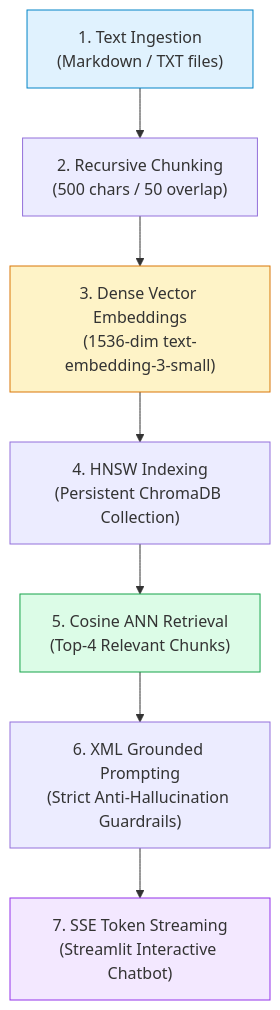
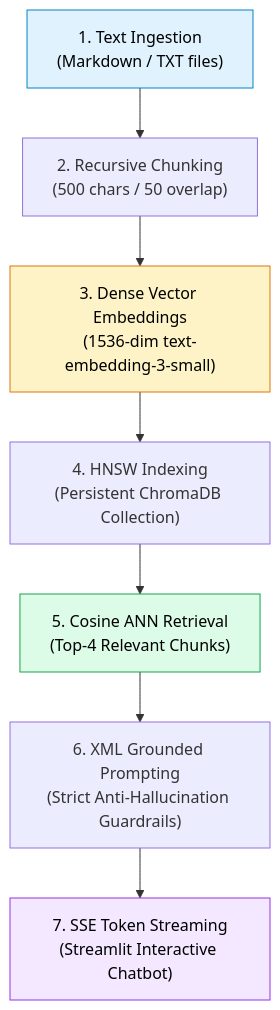
The third of 3 diagrams in 10-Hands-On-Projects/01-Simple-RAG-Chatbot/README.md (swapnil3104/RAG-Engineering), drawn with Mermaid before and after one commit. The commit also changed other lines of this file and 108 other files, not shown here.

Commit message:
fix: make chart text visible across all Mermaid diagrams and resolve markdown table formatting issues

````diff
--- a/10-Hands-On-Projects/01-Simple-RAG-Chatbot/README.md
+++ b/10-Hands-On-Projects/01-Simple-RAG-Chatbot/README.md
@@ -564,14 +564,14 @@
 ```mermaid
 flowchart TD
     Step1["1. Text Ingestion<br/>(Markdown / TXT files)"] --> Step2["2. Recursive Chunking<br/>(500 chars / 50 overlap)"]
     Step2 --> Step3["3. Dense Vector Embeddings<br/>(1536-dim text-embedding-3-small)"]
     Step3 --> Step4["4. HNSW Indexing<br/>(Persistent ChromaDB Collection)"]
     Step4 --> Step5["5. Cosine ANN Retrieval<br/>(Top-4 Relevant Chunks)"]
     Step5 --> Step6["6. XML Grounded Prompting<br/>(Strict Anti-Hallucination Guardrails)"]
     Step6 --> Step7["7. SSE Token Streaming<br/>(Streamlit Interactive Chatbot)"]
 
-    style Step1 fill:#e0f2fe,stroke:#0284c7
-    style Step3 fill:#fef3c7,stroke:#d97706
-    style Step5 fill:#dcfce7,stroke:#16a34a
-    style Step7 fill:#f3e8ff,stroke:#9333ea
+    style Step1 fill:#e0f2fe,stroke:#0284c7,color:#000000
+    style Step3 fill:#fef3c7,stroke:#d97706,color:#000000
+    style Step5 fill:#dcfce7,stroke:#16a34a,color:#000000
+    style Step7 fill:#f3e8ff,stroke:#9333ea,color:#000000
 ```
````
